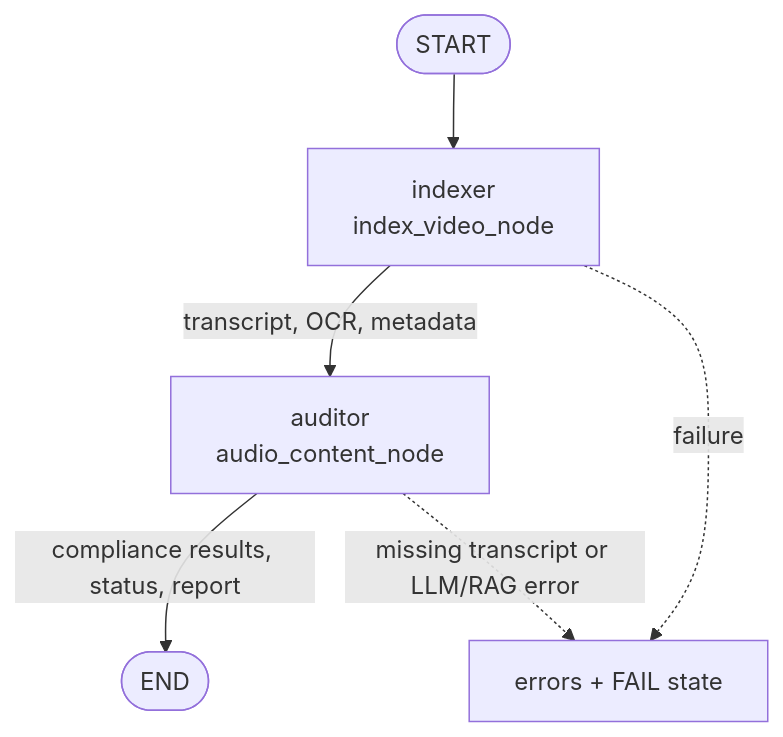
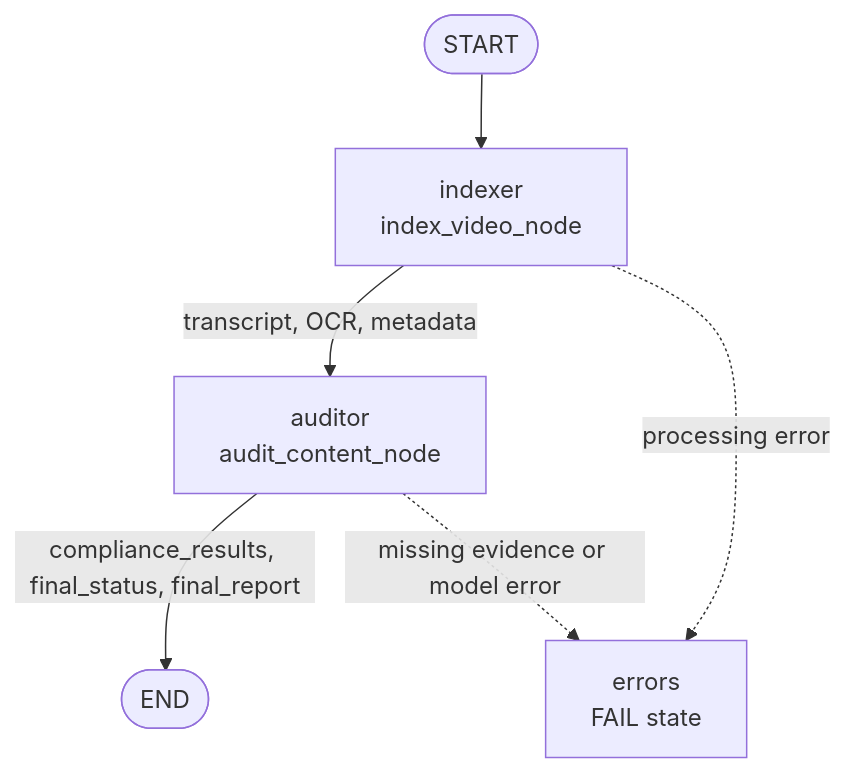
One commit to Sumit-Prasad01/BRAND-GUARDIAN-AI changed the third of 4 diagrams in README.md. Above: the diagram before and after it, drawn with Mermaid. The commit also changed other lines of this file, not shown here.

````diff
--- a/README.md
+++ b/README.md
@@ -84,8 +91,8 @@
 ```mermaid
 flowchart TD
     Start([START]) --> Indexer[indexer<br/>index_video_node]
-    Indexer -->|transcript, OCR, metadata| Auditor[auditor<br/>audio_content_node]
-    Auditor -->|compliance results, status, report| End([END])
-    Indexer -. failure .-> Fail[errors + FAIL state]
-    Auditor -. missing transcript or LLM/RAG error .-> Fail
+    Indexer -->|transcript, OCR, metadata| Auditor[auditor<br/>audit_content_node]
+    Auditor -->|compliance_results, final_status, final_report| End([END])
+    Indexer -. processing error .-> Error[errors<br/>FAIL state]
+    Auditor -. missing evidence or model error .-> Error
 ```
````
